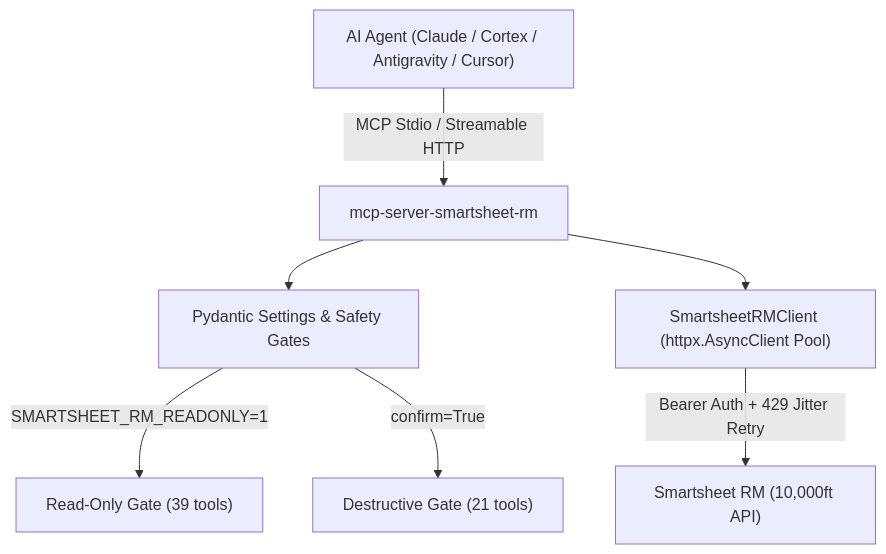
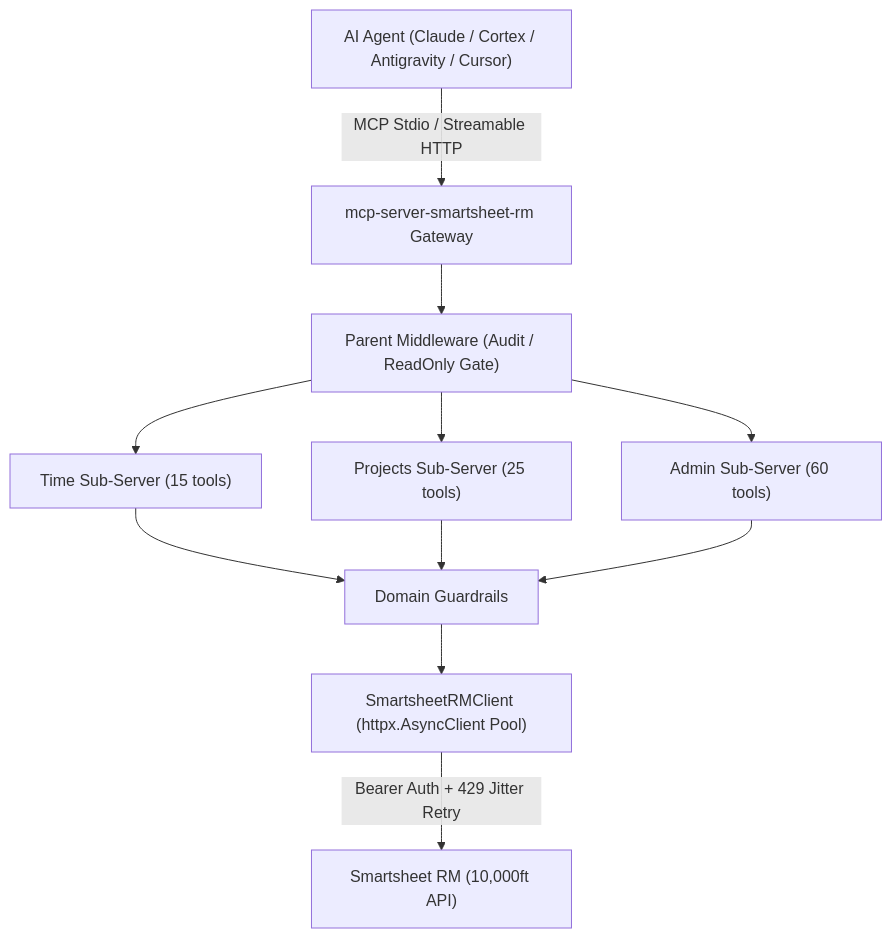
The diagram in README.md (christianclaudio/mcp-server-smartsheet-rm), drawn with Mermaid before and after one commit. The commit also changed other lines of this file and 17 other files, not shown here.

First line of the commit message:
feat(fastmcp): modularize server composition, hierarchical middleware, and domain sub-servers

````diff
--- a/README.md
+++ b/README.md
@@ -18,9 +18,13 @@
 ```mermaid
 graph TD
-    Client["AI Agent (Claude / Cortex / Antigravity / Cursor)"] -->|"MCP Stdio / Streamable HTTP"| Server["mcp-server-smartsheet-rm"]
-    Server --> Config["Pydantic Settings & Safety Gates"]
-    Config -->|"SMARTSHEET_RM_READONLY=1"| RO["Read-Only Gate (39 tools)"]
-    Config -->|"confirm=True"| Destructive["Destructive Gate (21 tools)"]
-    Server --> ClientPool["SmartsheetRMClient (httpx.AsyncClient Pool)"]
+    Client["AI Agent (Claude / Cortex / Antigravity / Cursor)"] -->|"MCP Stdio / Streamable HTTP"| Server["mcp-server-smartsheet-rm Gateway"]
+    Server --> Middle["Parent Middleware (Audit / ReadOnly Gate)"]
+    Middle --> SubTime["Time Sub-Server (15 tools)"]
+    Middle --> SubProj["Projects Sub-Server (25 tools)"]
+    Middle --> SubAdmin["Admin Sub-Server (60 tools)"]
+    SubTime --> Guards["Domain Guardrails"]
+    SubProj --> Guards
+    SubAdmin --> Guards
+    Guards --> ClientPool["SmartsheetRMClient (httpx.AsyncClient Pool)"]
     ClientPool -->|"Bearer Auth + 429 Jitter Retry"| API["Smartsheet RM (10,000ft API)"]
 ```
````
